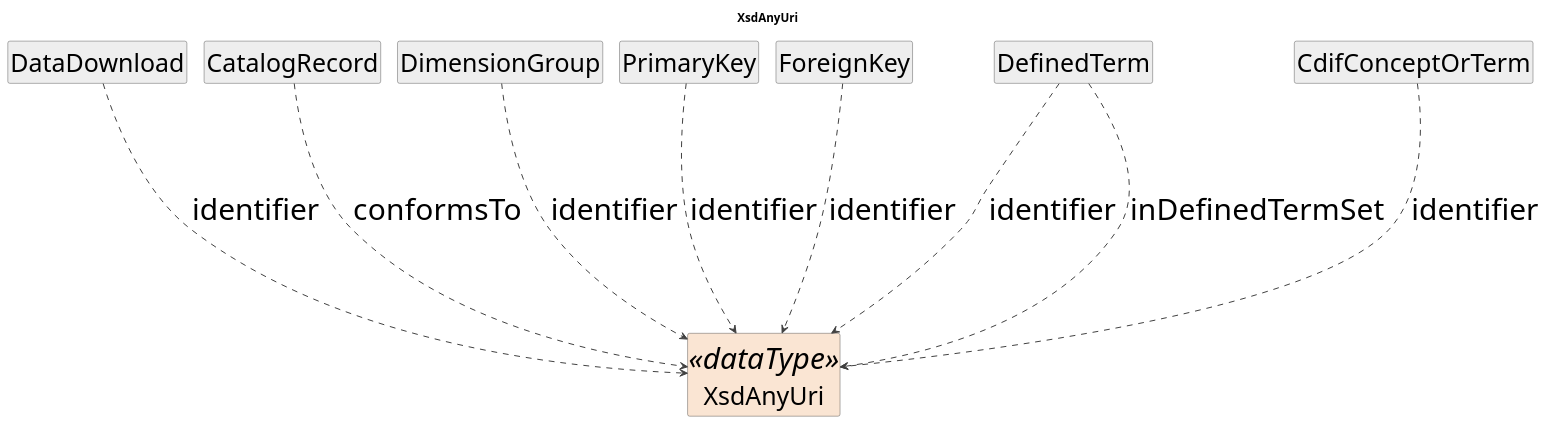
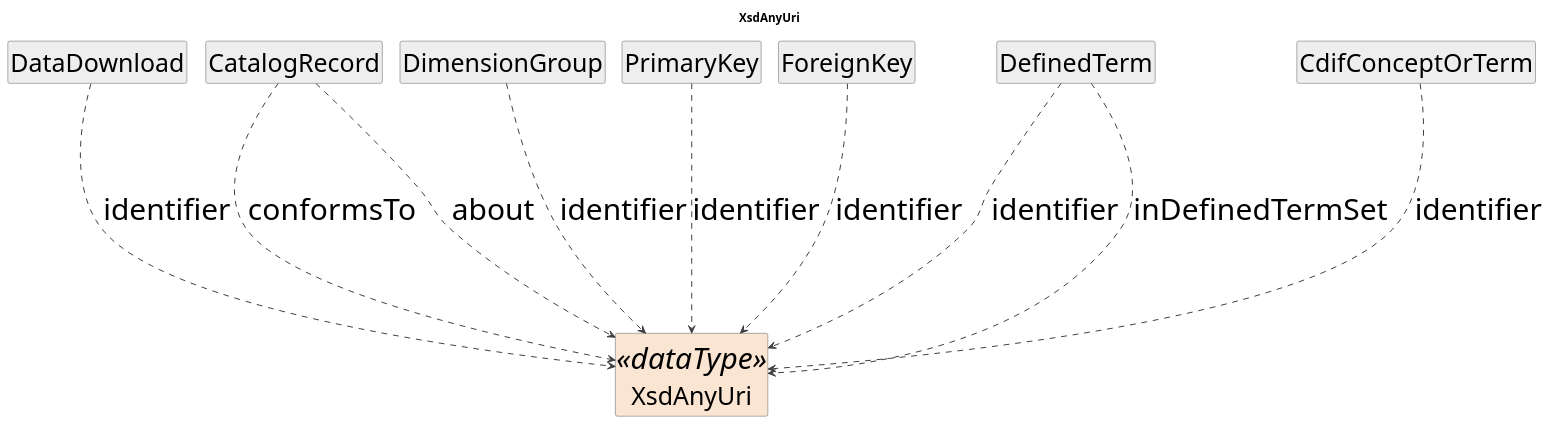
The diagram in cdif-uml-model/_plantuml/cdifDataStructure/DataTypes/XsdAnyUri.pu (Cross-Domain-Interoperability-Framework/metadataBuildingBlocks), drawn with PlantUML before and after one commit. The commit also changed 58 other files, not shown here.

```diff
--- a/cdif-uml-model/_plantuml/cdifDataStructure/DataTypes/XsdAnyUri.pu
+++ b/cdif-uml-model/_plantuml/cdifDataStructure/DataTypes/XsdAnyUri.pu
@@ -1,34 +1,35 @@
 @startuml
 title XsdAnyUri
 hide circle
 hide empty members
 skinparam shadowing false
 skinparam ArrowThickness 1.2
 skinparam ranksep 250
 skinparam nodesep 20
 skinparam defaultFontSize 36
 skinparam class {
   ArrowColor #404040
   BorderColor #404040
   FontSize 36
   AttributeFontSize 30
 }
 
 class "XsdAnyUri" as XsdAnyUri <<dataType>> #FAE5D3
 class "DataDownload" as DataDownload #EEEEEE
 DataDownload ..> XsdAnyUri : identifier
 class "CatalogRecord" as CatalogRecord #EEEEEE
 CatalogRecord ..> XsdAnyUri : conformsTo
+CatalogRecord ..> XsdAnyUri : about
 class "DimensionGroup" as DimensionGroup #EEEEEE
 DimensionGroup ..> XsdAnyUri : identifier
 class "PrimaryKey" as PrimaryKey #EEEEEE
 PrimaryKey ..> XsdAnyUri : identifier
 class "ForeignKey" as ForeignKey #EEEEEE
 ForeignKey ..> XsdAnyUri : identifier
 class "DefinedTerm" as DefinedTerm #EEEEEE
 DefinedTerm ..> XsdAnyUri : identifier
 DefinedTerm ..> XsdAnyUri : inDefinedTermSet
 class "CdifConceptOrTerm" as CdifConceptOrTerm #EEEEEE
 CdifConceptOrTerm ..> XsdAnyUri : identifier
 
 @enduml
```
